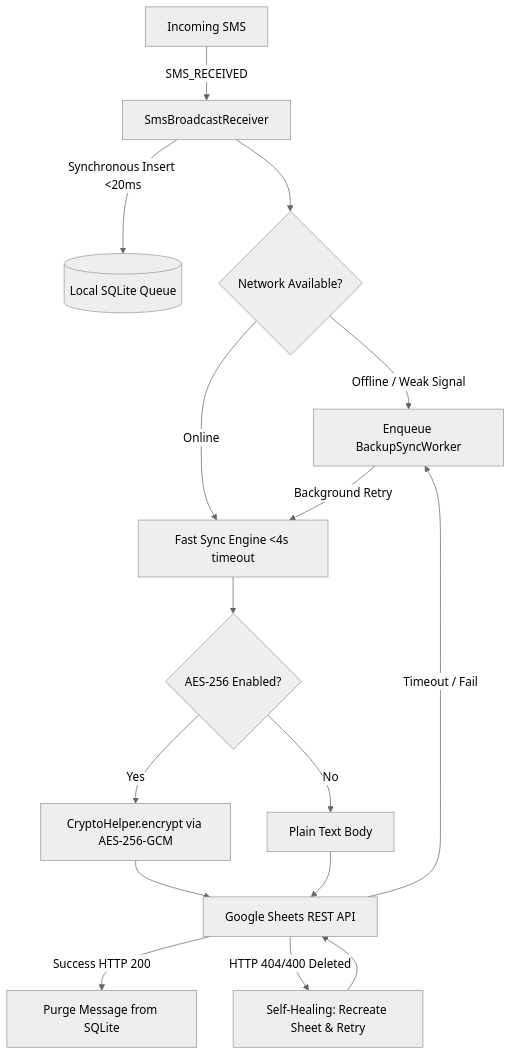
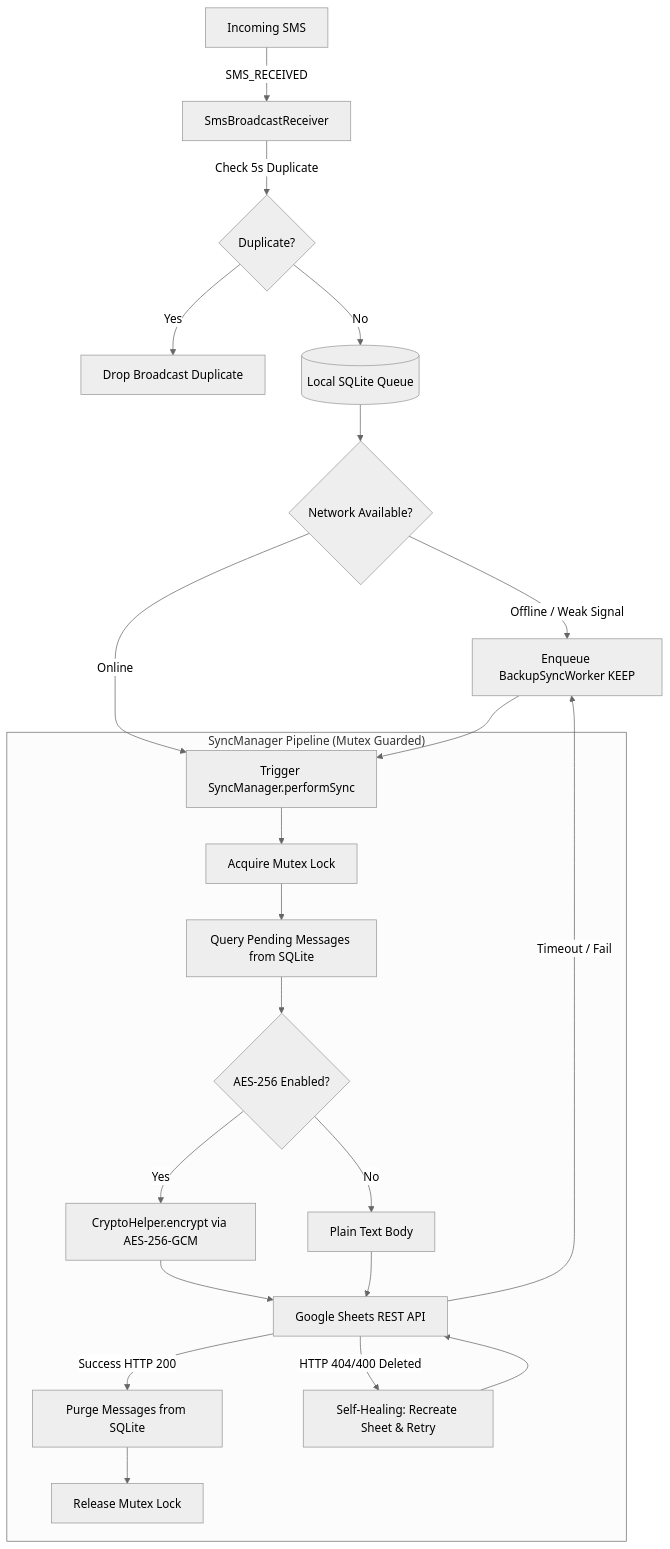
The diagram in AGENTS.md (shivam1162/SMS_Forwarder), drawn with Mermaid (neutral theme) before and after one commit. The commit also changed other lines of this file and 7 other files, not shown here.

Commit message:
Fix duplicate SMS uploads with Mutex SyncManager and rename sheet to SUPERAPP_SHEET

````diff
--- a/AGENTS.md
+++ b/AGENTS.md
@@ -27,23 +28,29 @@
 ```mermaid
 flowchart TD
     SMS[Incoming SMS] -->|SMS_RECEIVED| BR[SmsBroadcastReceiver]
-    BR -->|Synchronous Insert <20ms| DB[(Local SQLite Queue)]
-    BR --> NetCheck{Network Available?}
+    BR -->|Check 5s Duplicate| DupCheck{Duplicate?}
+    DupCheck -->|Yes| Drop[Drop Broadcast Duplicate]
+    DupCheck -->|No| DB[(Local SQLite Queue)]
     
-    NetCheck -->|Offline / Weak Signal| WM[Enqueue BackupSyncWorker]
-    NetCheck -->|Online| Sync[Fast Sync Engine <4s timeout]
+    DB --> NetCheck{Network Available?}
+    NetCheck -->|Offline / Weak Signal| WM[Enqueue BackupSyncWorker KEEP]
+    NetCheck -->|Online| SyncReq[Trigger SyncManager.performSync]
     
-    Sync --> EncCheck{AES-256 Enabled?}
-    EncCheck -->|Yes| Crypto[CryptoHelper.encrypt via AES-256-GCM]
-    EncCheck -->|No| Plain[Plain Text Body]
+    WM --> SyncReq
     
-    Crypto --> Sheets[Google Sheets REST API]
-    Plain --> Sheets
+    subgraph Pipeline ["SyncManager Pipeline (Mutex Guarded)"]
+        SyncReq --> Mutex[Acquire Mutex Lock]
+        Mutex --> FetchPending[Query Pending Messages from SQLite]
+        FetchPending --> EncCheck{AES-256 Enabled?}
+        EncCheck -->|Yes| Crypto[CryptoHelper.encrypt via AES-256-GCM]
+        EncCheck -->|No| Plain[Plain Text Body]
+        Crypto --> Sheets[Google Sheets REST API]
+        Plain --> Sheets
+        Sheets -->|Success HTTP 200| Purge[Purge Messages from SQLite]
+        Sheets -->|HTTP 404/400 Deleted| SelfHeal[Self-Healing: Recreate Sheet & Retry]
+        SelfHeal --> Sheets
+        Purge --> Release[Release Mutex Lock]
+    end
     
-    Sheets -->|Success HTTP 200| Purge[Purge Message from SQLite]
-    Sheets -->|HTTP 404/400 Deleted| SelfHeal[Self-Healing: Recreate Sheet & Retry]
     Sheets -->|Timeout / Fail| WM
-    SelfHeal --> Sheets
-    
-    WM -->|Background Retry| Sync
 ```
````
